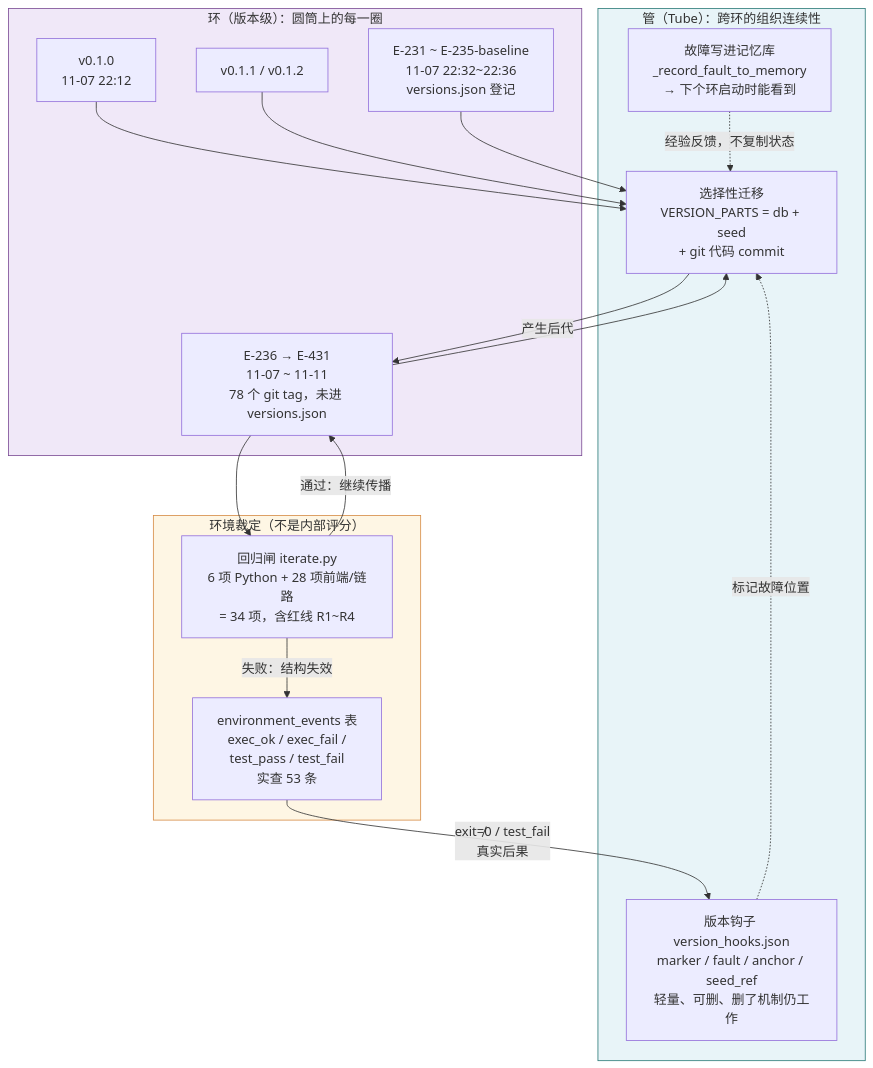
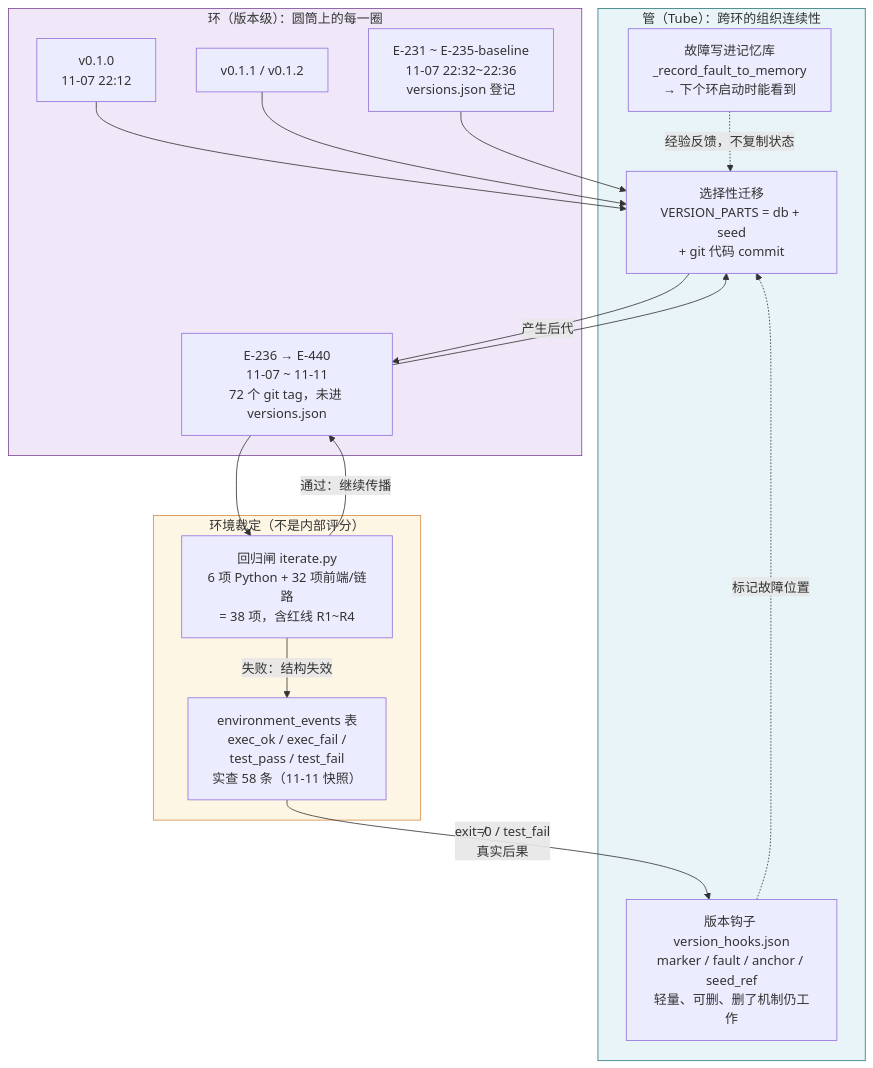
Before and after one commit to Roxy-DD/fatfish-heart: the third of 8 diagrams in docs/78 生命周期图-环管群.md, drawn with Mermaid. The commit also changed other lines of this file and 17 other files, not shown here.

````diff
--- a/docs/78 生命周期图-环管群.md
+++ b/docs/78 生命周期图-环管群.md
@@ -113,37 +113,37 @@
 ```mermaid
 flowchart TD
     subgraph V["环（版本级）：圆筒上的每一圈"]
         V1["v0.1.0<br/>11-07 22:12"]
         V2["v0.1.1 / v0.1.2"]
         V3["E-231 ~ E-235-baseline<br/>11-07 22:32~22:36<br/>versions.json 登记"]
-        V4["E-236 → E-431<br/>11-07 ~ 11-11<br/>78 个 git tag，未进 versions.json"]
+        V4["E-236 → E-440<br/>11-07 ~ 11-11<br/>72 个 git tag，未进 versions.json"]
     end
 
     subgraph TUBE["管（Tube）：跨环的组织连续性"]
         SEL["选择性迁移<br/>VERSION_PARTS = db + seed<br/>+ git 代码 commit"]
         HOOK["版本钩子 version_hooks.json<br/>marker / fault / anchor / seed_ref<br/>轻量、可删、删了机制仍工作"]
         MEM["故障写进记忆库<br/>_record_fault_to_memory<br/>→ 下个环启动时能看到"]
     end
 
     subgraph JUDGE["环境裁定（不是内部评分）"]
-        ENV["environment_events 表<br/>exec_ok / exec_fail /<br/>test_pass / test_fail<br/>实查 53 条"]
-        RED["回归闸 iterate.py<br/>6 项 Python + 28 项前端/链路<br/>= 34 项，含红线 R1~R4"]
+        ENV["environment_events 表<br/>exec_ok / exec_fail /<br/>test_pass / test_fail<br/>实查 58 条（11-11 快照）"]
+        RED["回归闸 iterate.py<br/>6 项 Python + 32 项前端/链路<br/>= 38 项，含红线 R1~R4"]
     end
 
     V1 --> SEL
     V2 --> SEL
     V3 --> SEL
     V4 --> SEL
     SEL -->|"产生后代"| V4
     HOOK -.->|"标记故障位置"| SEL
     MEM -.->|"经验反馈，不复制状态"| SEL
 
     V4 --> RED
     RED -->|"通过：继续传播"| V4
     RED -->|"失败：结构失效"| ENV
     ENV -->|"exit≠0 / test_fail<br/>真实后果"| HOOK
 
     style TUBE fill:#e8f4f8,stroke:#2b7a78
     style JUDGE fill:#fef6e4,stroke:#d68c45
     style V fill:#f0e8f8,stroke:#7b4b94
 ```
````
